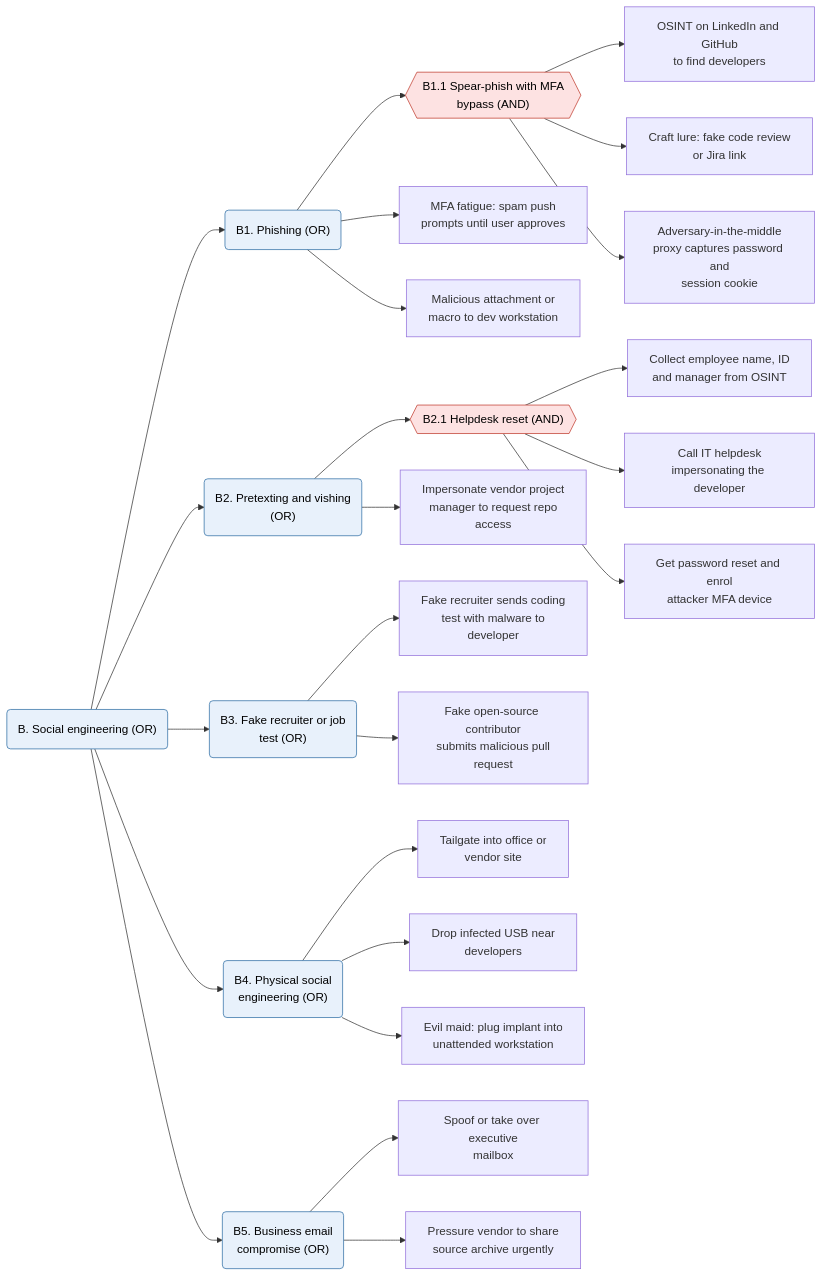
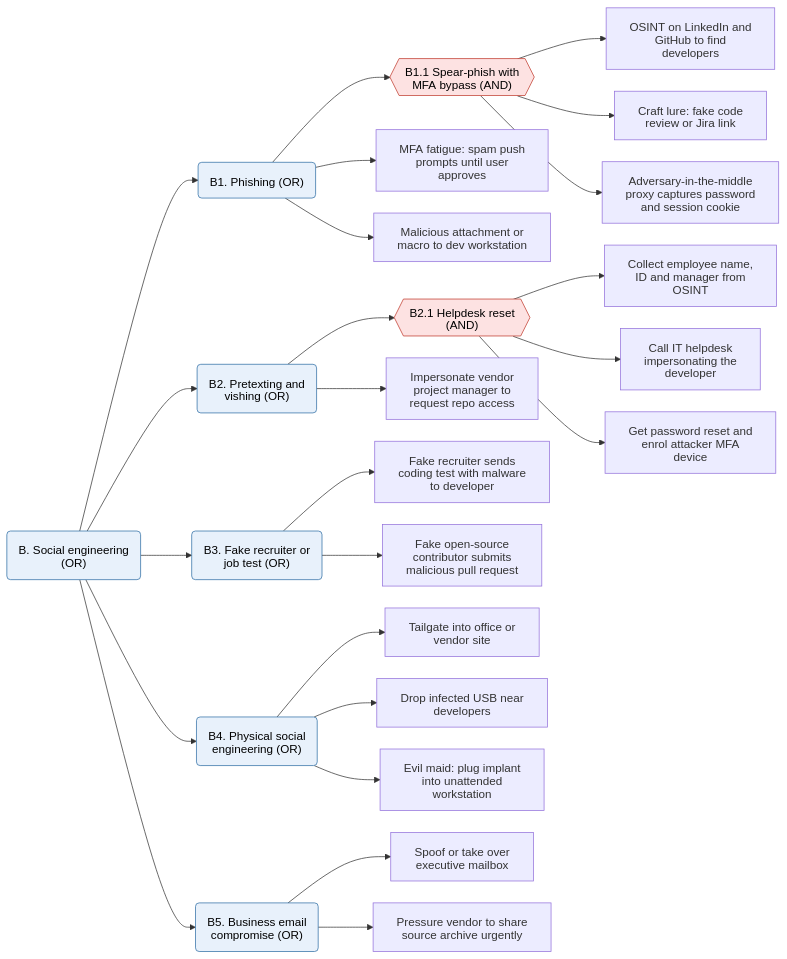
The fifth of 9 diagrams in cybersecurity-architecture/lesson-02.md (amandewatnitrr/hacking-tutorial), drawn with Mermaid before and after one commit. The commit also changed other lines of this file, not shown here.

Commit message:
Cybersecurity Architecture -> Threat Modelling -> Attack Tree

````diff
--- a/cybersecurity-architecture/lesson-02.md
+++ b/cybersecurity-architecture/lesson-02.md
@@ -336,37 +337,38 @@
 ```mermaid
+%%{init: {"htmlLabels": false, "flowchart": {"htmlLabels": false, "padding": 16, "nodeSpacing": 30, "rankSpacing": 70}}}%%
 graph LR
-    B("B. Social engineering (OR)")
+    B("B. Social engineering<br/>(OR)")
     B --> B1("B1. Phishing (OR)")
-    B --> B2("B2. Pretexting and vishing<br/>(OR)")
-    B --> B3("B3. Fake recruiter or job<br/>test (OR)")
+    B --> B2("B2. Pretexting and<br/>vishing (OR)")
+    B --> B3("B3. Fake recruiter or<br/>job test (OR)")
     B --> B4("B4. Physical social<br/>engineering (OR)")
     B --> B5("B5. Business email<br/>compromise (OR)")
 
-    B1 --> B11{{"B1.1 Spear-phish with MFA<br/>bypass (AND)"}}
-    B11 --> B111["OSINT on LinkedIn and GitHub<br/>to find developers"]
-    B11 --> B112["Craft lure: fake code review<br/>or Jira link"]
-    B11 --> B113["Adversary-in-the-middle<br/>proxy captures password and<br/>session cookie"]
-    B1 --> B12["MFA fatigue: spam push<br/>prompts until user approves"]
+    B1 --> B11{{"B1.1 Spear-phish with<br/>MFA bypass (AND)"}}
+    B11 --> B111["OSINT on LinkedIn and<br/>GitHub to find<br/>developers"]
+    B11 --> B112["Craft lure: fake code<br/>review or Jira link"]
+    B11 --> B113["Adversary-in-the-middle<br/>proxy captures password<br/>and session cookie"]
+    B1 --> B12["MFA fatigue: spam push<br/>prompts until user<br/>approves"]
     B1 --> B13["Malicious attachment or<br/>macro to dev workstation"]
 
-    B2 --> B21{{"B2.1 Helpdesk reset (AND)"}}
-    B21 --> B211["Collect employee name, ID<br/>and manager from OSINT"]
-    B21 --> B212["Call IT helpdesk<br/>impersonating the developer"]
-    B21 --> B213["Get password reset and enrol<br/>attacker MFA device"]
-    B2 --> B22["Impersonate vendor project<br/>manager to request repo<br/>access"]
+    B2 --> B21{{"B2.1 Helpdesk reset<br/>(AND)"}}
+    B21 --> B211["Collect employee name,<br/>ID and manager from<br/>OSINT"]
+    B21 --> B212["Call IT helpdesk<br/>impersonating the<br/>developer"]
+    B21 --> B213["Get password reset and<br/>enrol attacker MFA<br/>device"]
+    B2 --> B22["Impersonate vendor<br/>project manager to<br/>request repo access"]
 
-    B3 --> B31["Fake recruiter sends coding<br/>test with malware to<br/>developer"]
-    B3 --> B32["Fake open-source contributor<br/>submits malicious pull<br/>request"]
+    B3 --> B31["Fake recruiter sends<br/>coding test with malware<br/>to developer"]
+    B3 --> B32["Fake open-source<br/>contributor submits<br/>malicious pull request"]
 
     B4 --> B41["Tailgate into office or<br/>vendor site"]
     B4 --> B42["Drop infected USB near<br/>developers"]
-    B4 --> B43["Evil maid: plug implant into<br/>unattended workstation"]
+    B4 --> B43["Evil maid: plug implant<br/>into unattended<br/>workstation"]
 
-    B5 --> B51["Spoof or take over executive<br/>mailbox"]
+    B5 --> B51["Spoof or take over<br/>executive mailbox"]
     B5 --> B52["Pressure vendor to share<br/>source archive urgently"]
 
     classDef and fill:#fde2e2,stroke:#c0392b,color:#000;
     classDef or fill:#e8f1fb,stroke:#2e6da4,color:#000;
     class B11,B21 and;
     class B,B1,B2,B3,B4,B5 or;
 ```
````
